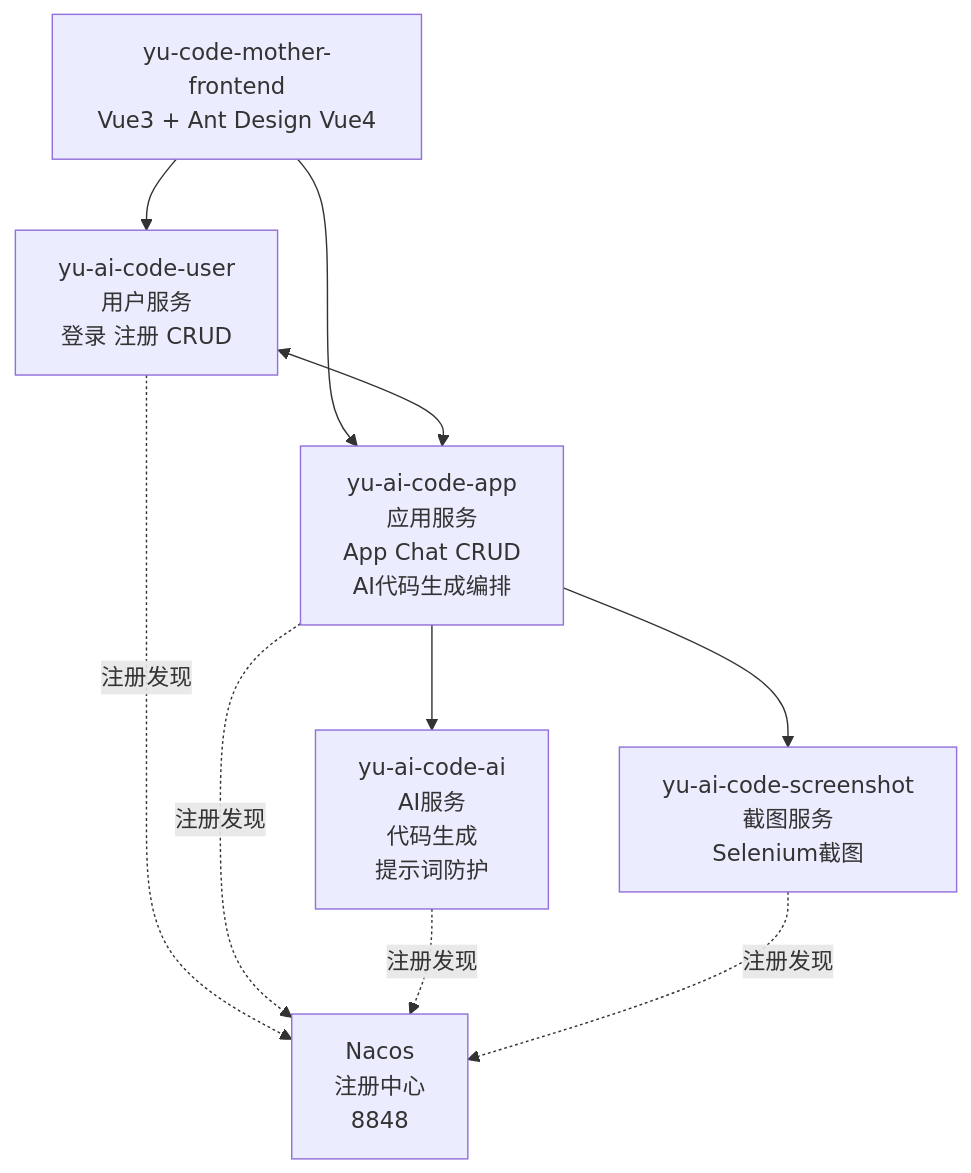
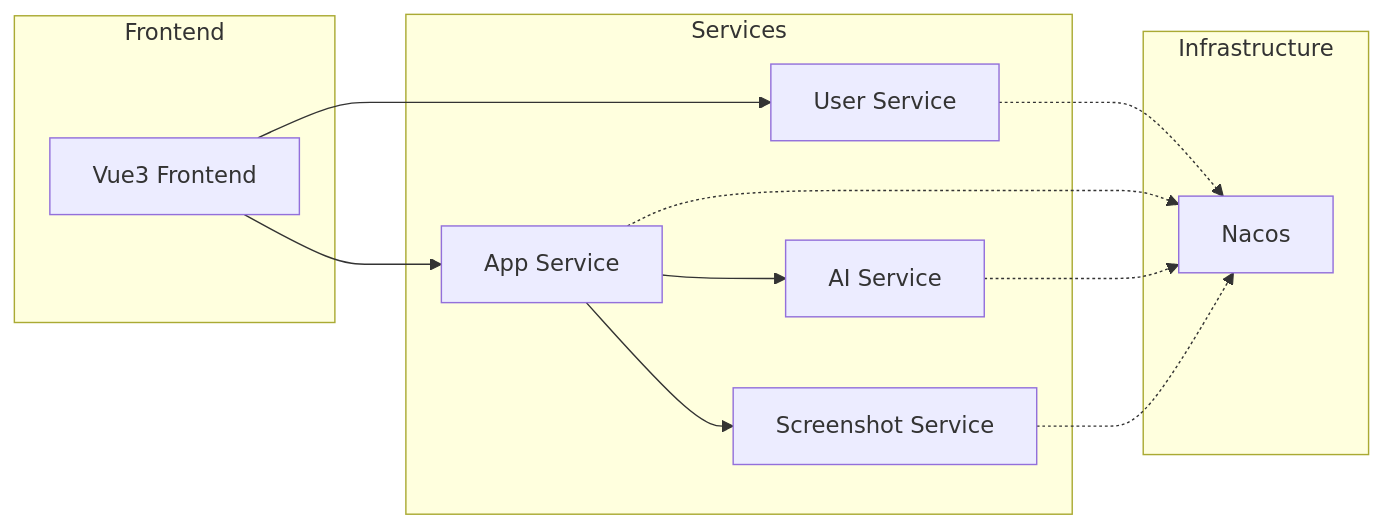
The diagram in README.md (Osiris-02196/ai-nocode), drawn with Mermaid before and after one commit.

Commit message:
零代码应用生成平台--11、微服务架构（修改Readme）

````diff
--- a/README.md
+++ b/README.md
@@ -41,26 +41,29 @@
 ```mermaid
-graph TD
+graph LR
 
-    FE[yu-code-mother-frontend<br/>Vue3 + Ant Design Vue4]
+    subgraph Frontend
+        FE[Vue3 Frontend]
+    end
 
-    USER[yu-ai-code-user<br/>用户服务<br/>登录 注册 CRUD]
-    APP[yu-ai-code-app<br/>应用服务<br/>App Chat CRUD<br/>AI代码生成编排]
+    subgraph Services
+        USER[User Service]
+        APP[App Service]
+        AI[AI Service]
+        SS[Screenshot Service]
+    end
 
-    AI[yu-ai-code-ai<br/>AI服务<br/>代码生成<br/>提示词防护]
-    SCREENSHOT[yu-ai-code-screenshot<br/>截图服务<br/>Selenium截图]
-
-    NACOS[Nacos<br/>注册中心<br/>8848]
+    subgraph Infrastructure
+        NACOS[Nacos]
+    end
 
     FE --> USER
     FE --> APP
 
-    USER <--> APP
+    APP --> AI
+    APP --> SS
 
-    APP --> AI
-    APP --> SCREENSHOT
-
-    USER -.注册发现.-> NACOS
-    APP -.注册发现.-> NACOS
-    AI -.注册发现.-> NACOS
-    SCREENSHOT -.注册发现.-> NACOS
+    USER -.-> NACOS
+    APP -.-> NACOS
+    AI -.-> NACOS
+    SS -.-> NACOS
 ```
````
